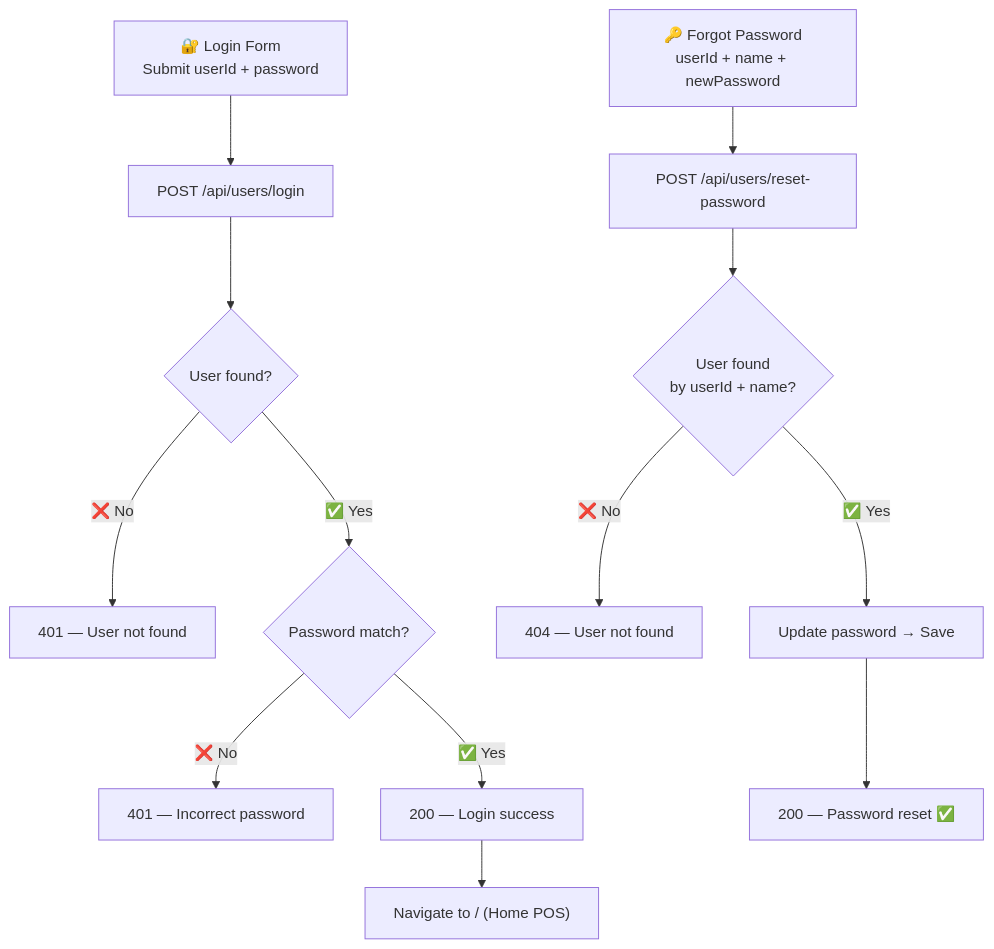
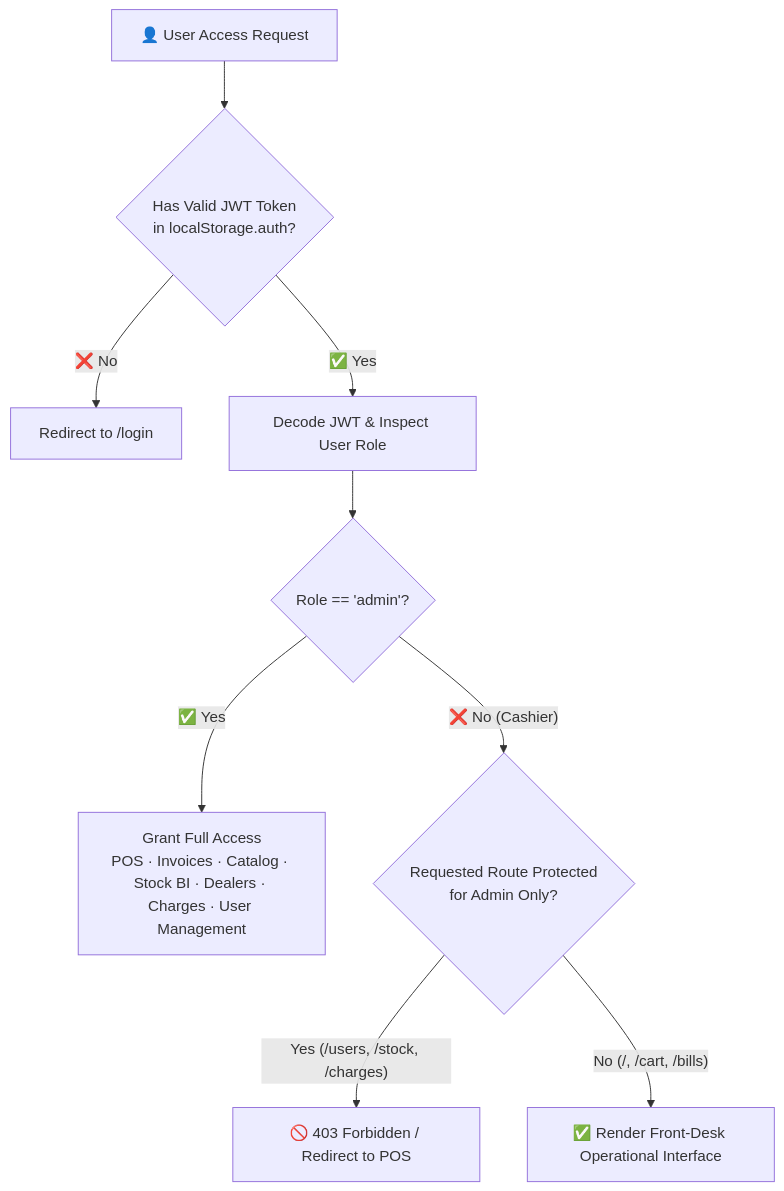
The fourth of 5 diagrams in README.md (Haiderali445/mern-pos), drawn with Mermaid before and after one commit. The commit also changed other lines of this file and 113 other files, not shown here.

Commit message:
feat(architecture): implement clean multi-tier architecture, RBAC, calculators, services, and enterprise documentation

````diff
--- a/README.md
+++ b/README.md
@@ -259,16 +251,11 @@
 ```mermaid
 flowchart TD
-    A["🔐 Login Form\nSubmit userId + password"] --> B["POST /api/users/login"]
-    B --> C{User found?}
-    C -->|"❌ No"| D["401 — User not found"]
-    C -->|"✅ Yes"| E{Password match?}
-    E -->|"❌ No"| F["401 — Incorrect password"]
-    E -->|"✅ Yes"| G["200 — Login success"]
-    G --> H["Navigate to / (Home POS)"]
-
-    A2["🔑 Forgot Password\nuserId + name + newPassword"] --> B2["POST /api/users/reset-password"]
-    B2 --> C2{User found\nby userId + name?}
-    C2 -->|"❌ No"| D2["404 — User not found"]
-    C2 -->|"✅ Yes"| E2["Update password → Save"]
-    E2 --> F2["200 — Password reset ✅"]
+    A["👤 User Access Request"] --> B{"Has Valid JWT Token\nin localStorage.auth?"}
+    B -->|"❌ No"| C["Redirect to /login"]
+    B -->|"✅ Yes"| D["Decode JWT & Inspect User Role"]
+    D --> E{"Role == 'admin'?"}
+    E -->|"✅ Yes"| F["Grant Full Access\nPOS · Invoices · Catalog · Stock BI · Dealers · Charges · User Management"]
+    E -->|"❌ No (Cashier)"| G{"Requested Route Protected\nfor Admin Only?"}
+    G -->|"Yes (/users, /stock, /charges)"| H["🚫 403 Forbidden / Redirect to POS"]
+    G -->|"No (/, /cart, /bills)"| I["✅ Render Front-Desk Operational Interface"]
 ```
````
